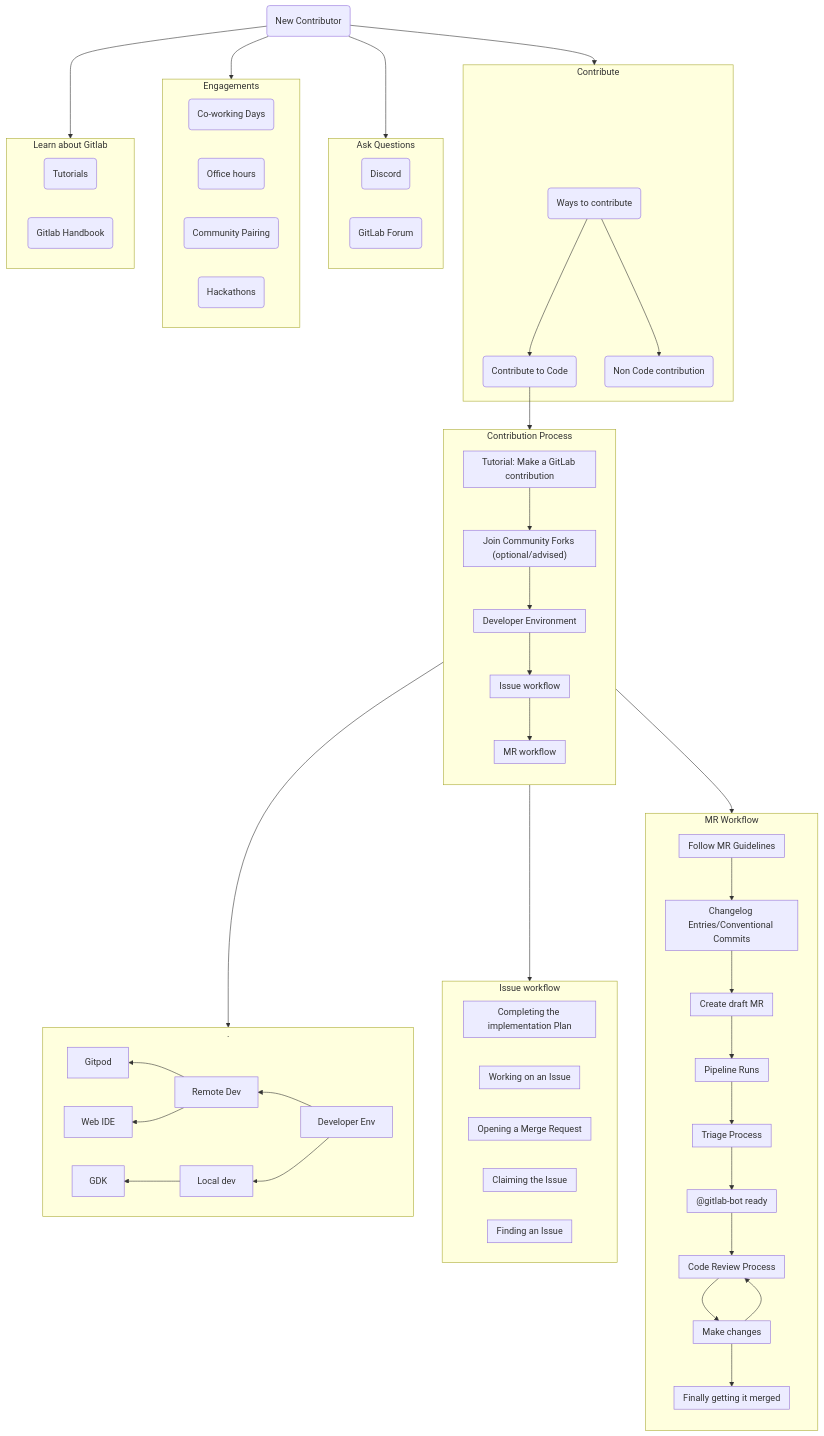
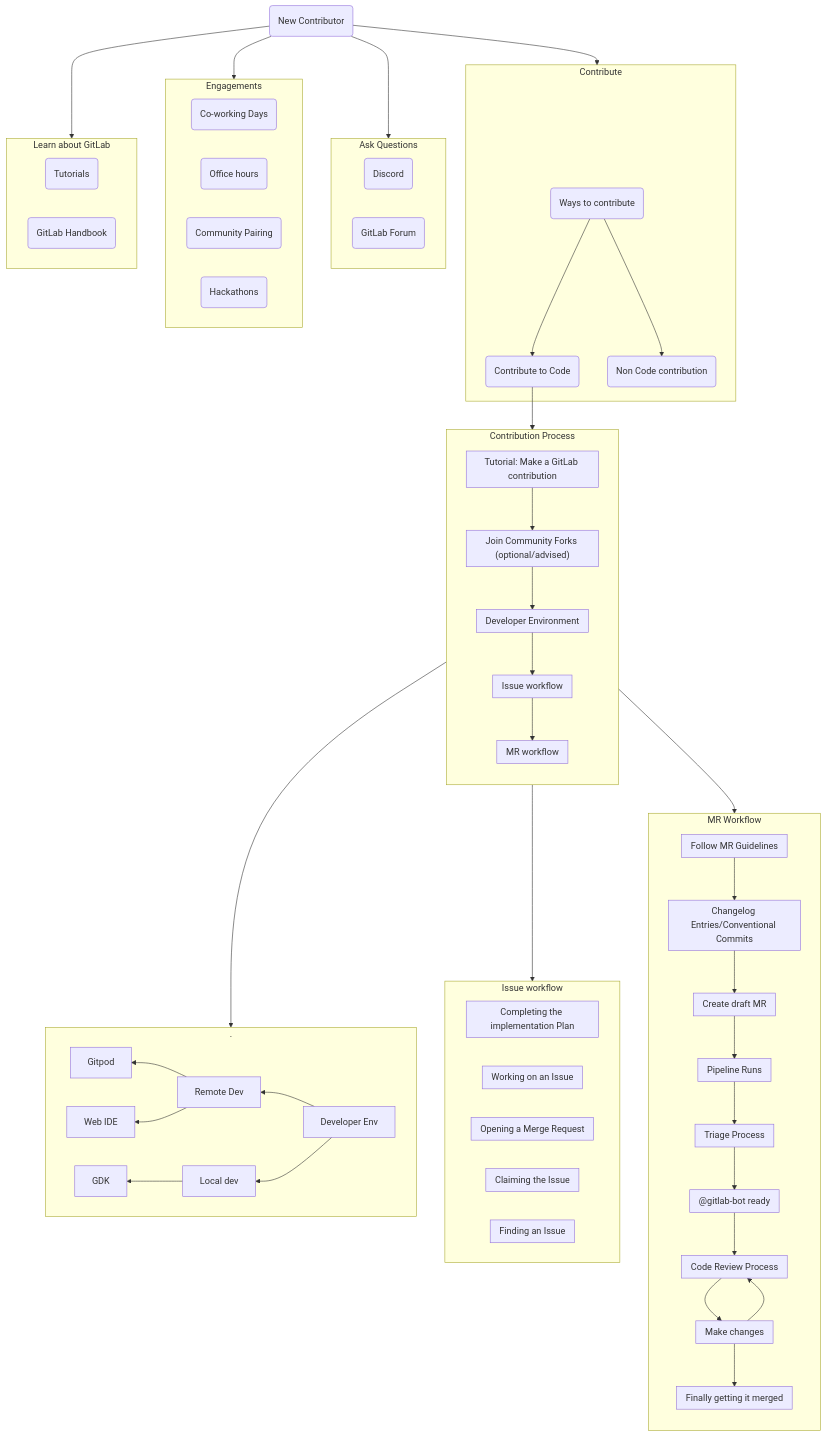
The diagram in content/handbook/marketing/developer-relations/contributor-success/user-journey.md (secretstartups/handbook), drawn with Mermaid before and after one commit. The commit also changed 21 other files, not shown here.

Commit message:
Reword Gitlab to GitLab

```diff
--- a/content/handbook/marketing/developer-relations/contributor-success/user-journey.md
+++ b/content/handbook/marketing/developer-relations/contributor-success/user-journey.md
@@ -151,9 +151,9 @@
         click id2_box5 "https://about.gitlab.com/community/hackathon/"
 
     end
-    subgraph id3["Learn about Gitlab"]
+    subgraph id3["Learn about GitLab"]
         id3_box1("Tutorials")
-        id3_box2("Gitlab Handbook")
+        id3_box2("GitLab Handbook")
 
         click id3_box1 "https://docs.gitlab.com/ee/tutorials/"
         click id3_box2 "https://about.gitlab.com/handbook/"
```
